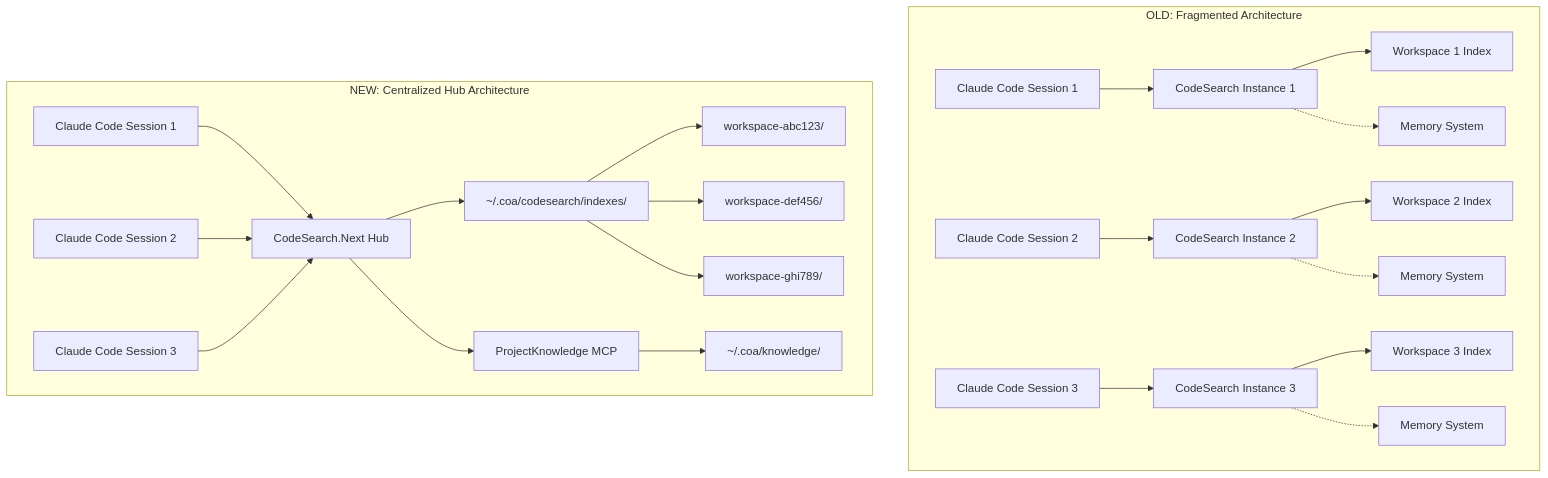
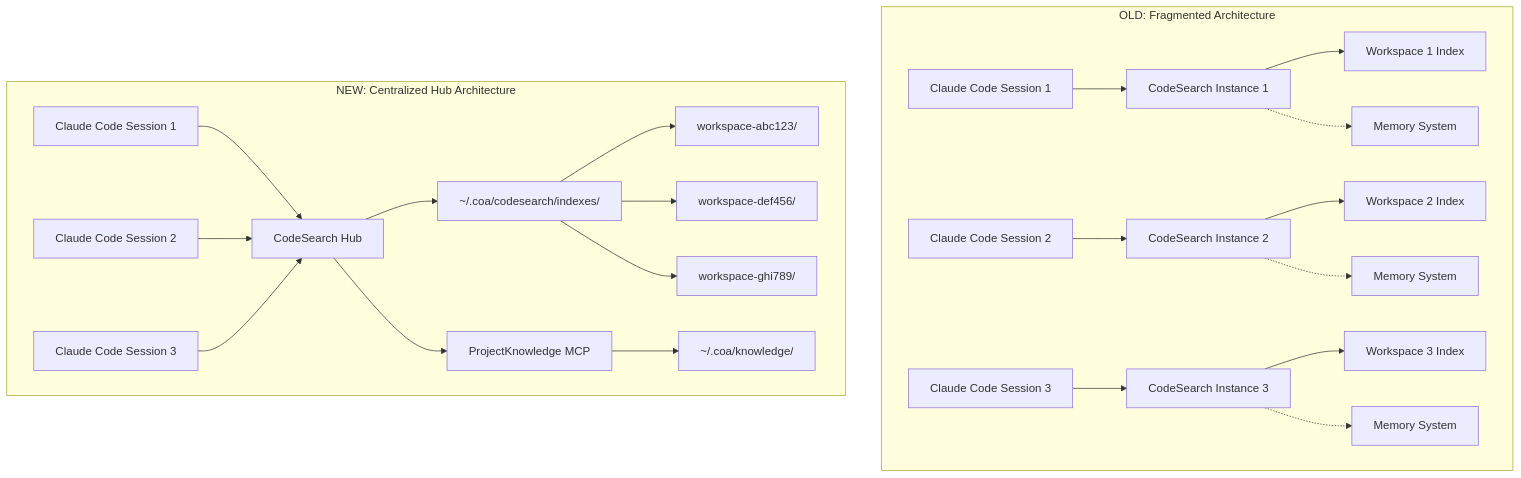
The first of 2 diagrams in COA.CodeSearch.McpServer/docs/CODESEARCH_NEXT_VISION.md (anortham/coa-codesearch-mcp), drawn with Mermaid before and after one commit. The commit also changed other lines of this file and 12 other files, not shown here.

````diff
--- a/COA.CodeSearch.McpServer/docs/CODESEARCH_NEXT_VISION.md
+++ b/COA.CodeSearch.McpServer/docs/CODESEARCH_NEXT_VISION.md
@@ -24,30 +24,30 @@
 ```mermaid
 graph TB
     subgraph "OLD: Fragmented Architecture"
         CL1[Claude Code Session 1] --> CS1[CodeSearch Instance 1]
         CL2[Claude Code Session 2] --> CS2[CodeSearch Instance 2] 
         CL3[Claude Code Session 3] --> CS3[CodeSearch Instance 3]
         
         CS1 --> WS1[Workspace 1 Index]
         CS2 --> WS2[Workspace 2 Index]  
         CS3 --> WS3[Workspace 3 Index]
         
         CS1 -.-> MEM1[Memory System]
         CS2 -.-> MEM2[Memory System]
         CS3 -.-> MEM3[Memory System]
     end
     
     subgraph "NEW: Centralized Hub Architecture"
-        CL4[Claude Code Session 1] --> CSN[CodeSearch.Next Hub]
+        CL4[Claude Code Session 1] --> CSN[CodeSearch Hub]
         CL5[Claude Code Session 2] --> CSN
         CL6[Claude Code Session 3] --> CSN
         
         CSN --> CENTRAL[~/.coa/codesearch/indexes/]
         CENTRAL --> WSH1[workspace-abc123/]
         CENTRAL --> WSH2[workspace-def456/] 
         CENTRAL --> WSH3[workspace-ghi789/]
         
         CSN --> PK[ProjectKnowledge MCP]
         PK --> PKD[~/.coa/knowledge/]
     end
 ```
````
